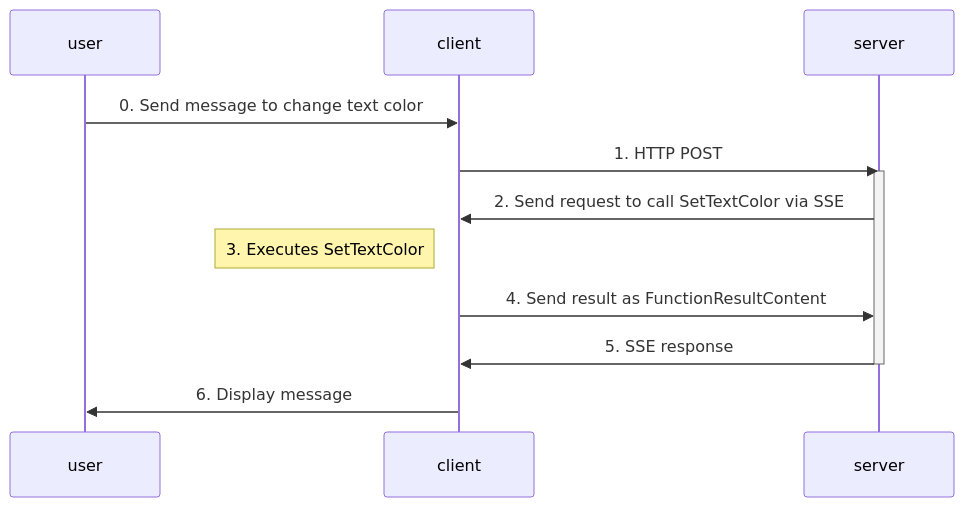
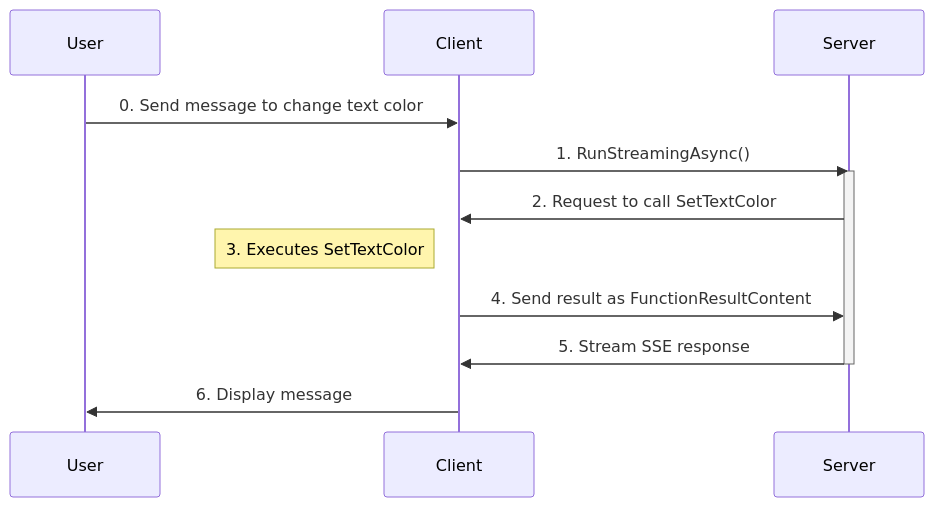
One commit to jasmin-software/dotnet_agui_workshop changed the second of 2 diagrams in project1/Client_Tutorial_2/README.md. Above: the diagram before and after it, drawn with Mermaid. The commit also changed other lines of this file and 3 other files, not shown here.

Commit message:
clean up diagrams

````diff
--- a/project1/Client_Tutorial_2/README.md
+++ b/project1/Client_Tutorial_2/README.md
@@ -127,12 +126,12 @@
 ```mermaid
 sequenceDiagram;
-   user->>client:   0. Send message to change text color
-   client->>server: 1. HTTP POST
-   activate server
-   server->>client: 2. Send request to call SetTextColor via SSE
-   Note left of client: 3. Executes SetTextColor
-   client->>server: 4. Send result as FunctionResultContent
-   server->>client: 5. SSE response
-   deactivate server
-   client->>user: 6. Display message
+   User->>Client:   0. Send message to change text color
+   Client->>Server: 1. RunStreamingAsync()
+   activate Server
+   Server->>Client: 2. Request to call SetTextColor
+   Note left of Client: 3. Executes SetTextColor
+   Client->>Server: 4. Send result as FunctionResultContent
+   Server->>Client: 5. Stream SSE response
+   deactivate Server
+   Client->>User: 6. Display message
 ```
````
